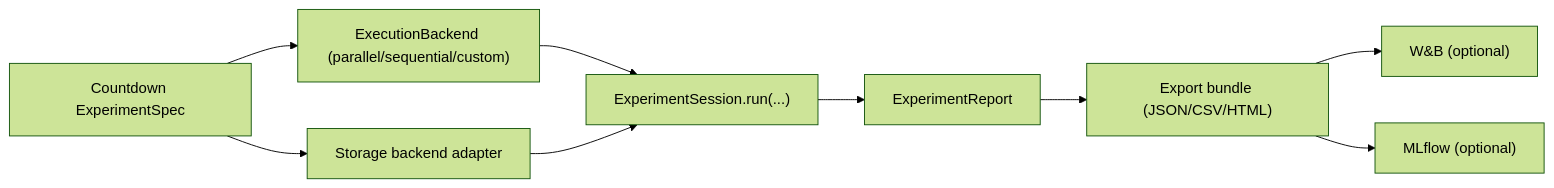
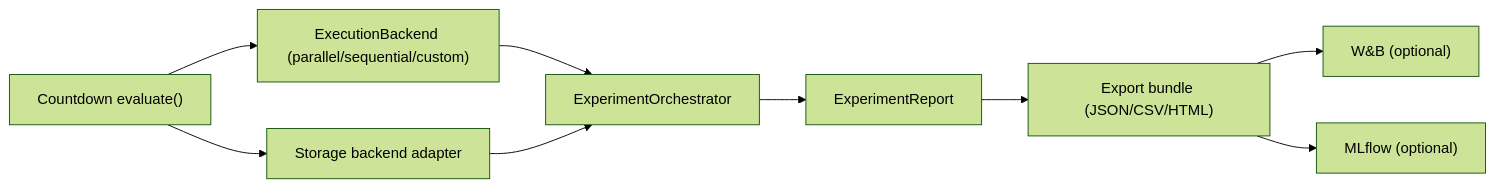
The seventh of 10 diagrams in docs/guides/countdown-tutorial.md (Pittawat2542/themis), drawn with Mermaid (forest theme) before and after one commit. The commit also changed other lines of this file and 9 other files, not shown here.

Commit message:
docs: modernize all docs to 1.2.0 evaluate() API, remove ExperimentSession/ExperimentSpec and examples-simple refs

````diff
--- a/docs/guides/countdown-tutorial.md
+++ b/docs/guides/countdown-tutorial.md
@@ -1165,11 +1175,11 @@
 ```mermaid
 flowchart LR
-    A["Countdown ExperimentSpec"] --> B["ExecutionBackend (parallel/sequential/custom)"]
+    A["Countdown evaluate()"] --> B["ExecutionBackend (parallel/sequential/custom)"]
     A --> C["Storage backend adapter"]
-    B --> D["ExperimentSession.run(...)"]
+    B --> D["ExperimentOrchestrator"]
     C --> D
     D --> E["ExperimentReport"]
     E --> F["Export bundle (JSON/CSV/HTML)"]
     F --> G["W&B (optional)"]
     F --> H["MLflow (optional)"]
 ```
````
